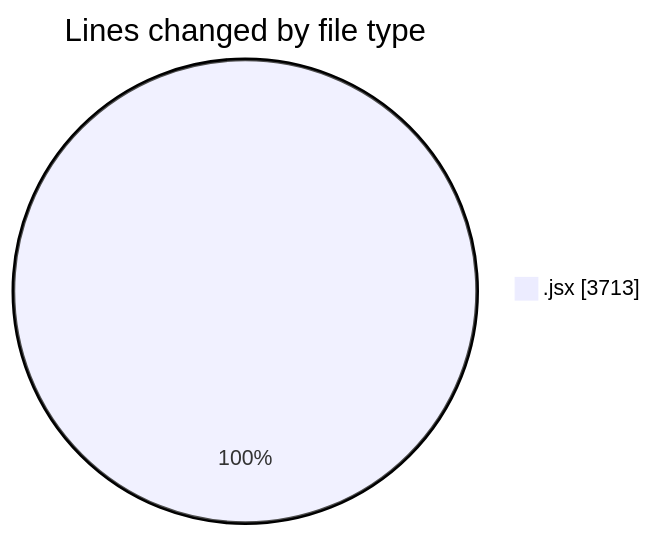
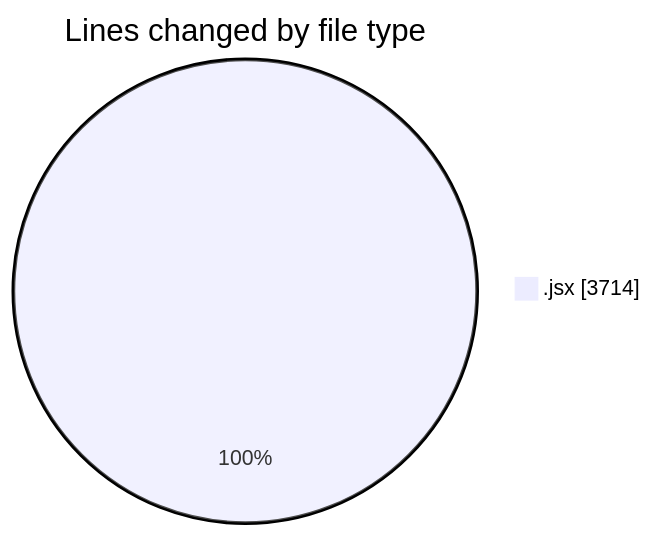
Before and after one commit to nxtqubesakshisongat/code-tracking: the first of 2 diagrams in 2025-05-12/argos-dev/README.md, drawn with Mermaid. The commit also changed other lines of this file and 1 other file, not shown here.

````diff
--- a/2025-05-12/argos-dev/README.md
+++ b/2025-05-12/argos-dev/README.md
@@ -26,5 +26,5 @@
 ```mermaid
 pie showData
 title Lines changed by file type
-".jsx" : 3713
+".jsx" : 3714
 ```
````
